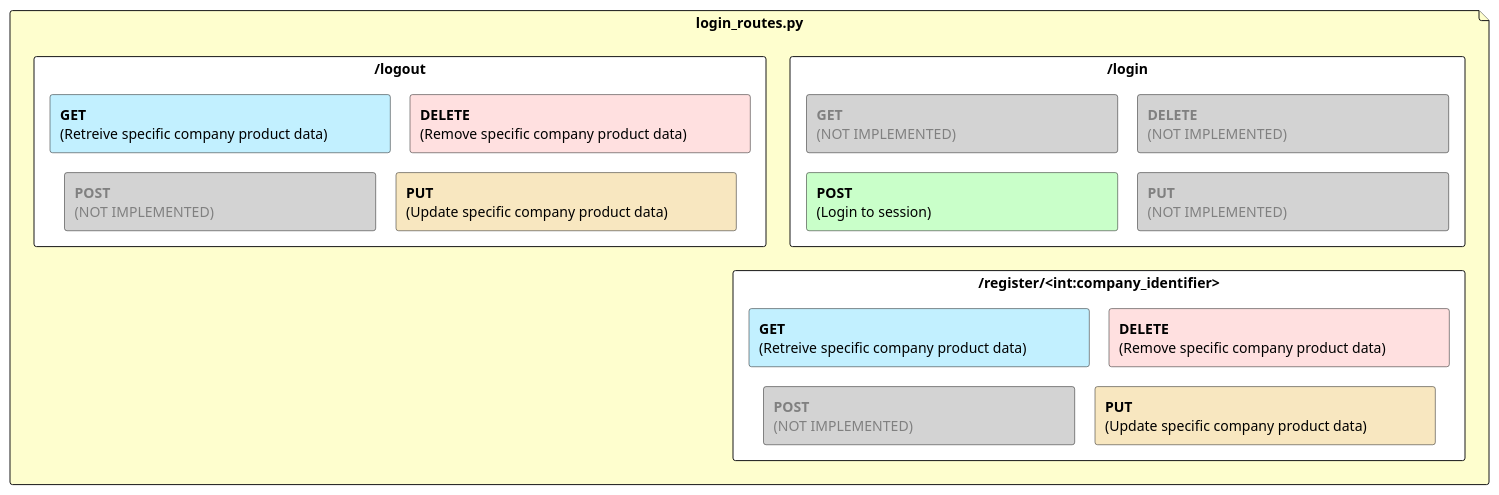
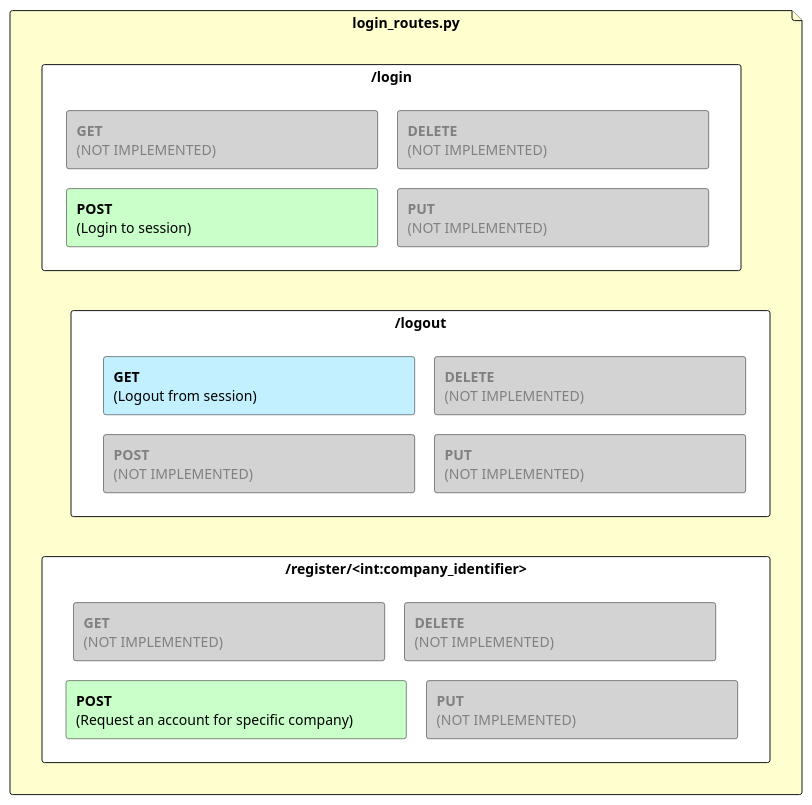
The diagram in Diagrams (PlantUml)/flask_routes_layout_files/login_routes_layout_files.plantuml (NielsPoldervaart/Project-C-Groep-4), drawn with PlantUML before and after one commit. The commit also changed 1 other file, not shown here.

Commit message:
Updated wrong info and structure PUML diagrams

```diff
--- a/Diagrams (PlantUml)/flask_routes_layout_files/login_routes_layout_files.plantuml
+++ b/Diagrams (PlantUml)/flask_routes_layout_files/login_routes_layout_files.plantuml
@@ -1,38 +1,38 @@
 @startuml
 
 skinparam minClassWidth 200
 skinparam nodesep 20
 skinparam ranksep 20
 skinparam linetype ortho
 
 file **login_routes.py** as file_login #FEFECE {
     rectangle **/login** as login #ffffff{
     rectangle "<color:grey>**GET**\n<color:grey>(NOT IMPLEMENTED)\t\t\t\t\t\t" as a #lightgrey
     rectangle "<color:grey>**DELETE**\n<color:grey>(NOT IMPLEMENTED)\t\t\t\t\t\t" as b #lightgrey
     rectangle "**POST**\n(Login to session)\t\t\t\t\t\t\t" as c #technology
     rectangle "<color:grey>**PUT**\n<color:grey>(NOT IMPLEMENTED)\t\t\t\t\t\t" as d #lightgrey
     }
 
     rectangle **/logout** as logout #ffffff{
-    rectangle "**GET**\n(Retreive specific company product data)\t\t" as e #Application
-    rectangle "**DELETE**\n(Remove specific company product data)\t\t" as f #Implementation
+    rectangle "**GET**\n(Logout from session)\t\t\t\t\t\t" as e #Application
+    rectangle "<color:grey>**DELETE**\n<color:grey>(NOT IMPLEMENTED)\t\t\t\t\t\t" as f #lightgrey
     rectangle "<color:grey>**POST**\n<color:grey>(NOT IMPLEMENTED)\t\t\t\t\t\t" as g #lightgrey
-    rectangle "**PUT**\n(Update specific company product data)\t\t\t" as h#Strategy
+    rectangle "<color:grey>**PUT**\n<color:grey>(NOT IMPLEMENTED)\t\t\t\t\t\\t" as h #lightgrey
     }
 
     rectangle **/register/<int:company_identifier>** as register #ffffff{
-    rectangle "**GET**\n(Retreive specific company product data)\t\t" as i#Application
-    rectangle "**DELETE**\n(Remove specific company product data)\t\t" as j#Implementation
-    rectangle "<color:grey>**POST**\n<color:grey>(NOT IMPLEMENTED)\t\t\t\t\t\t" as k#lightgrey
-    rectangle "**PUT**\n(Update specific company product data)\t\t\t" as l #Strategy
+    rectangle "<color:grey>**GET**\n<color:grey>(NOT IMPLEMENTED)\t\t\t\t\t\t" as i #lightgrey
+    rectangle "<color:grey>**DELETE**\n<color:grey>(NOT IMPLEMENTED)\t\t\t\t\t\t" as j #lightgrey
+    rectangle "**POST**\n(Request an account for specific company)\t\t" as k #technology
+    rectangle "<color:grey>**PUT**\n<color:grey>(NOT IMPLEMENTED)\t\t\t\t\t\t" as l #lightgrey
     }
 }
 
 'file_products -d--> all_products
 'file_products ---> specific_product
-'login --[HIDDEN]-> logout
+login --[HIDDEN]d-> logout
 'login  ---> logout
-'logout  ---> register
+logout  --[HIDDEN]d-> register
 
 
 @enduml
```
